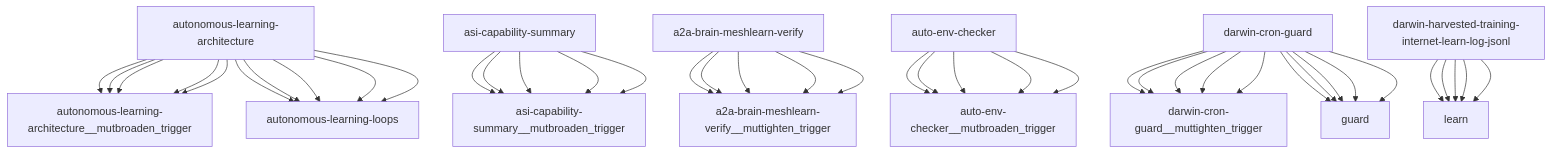
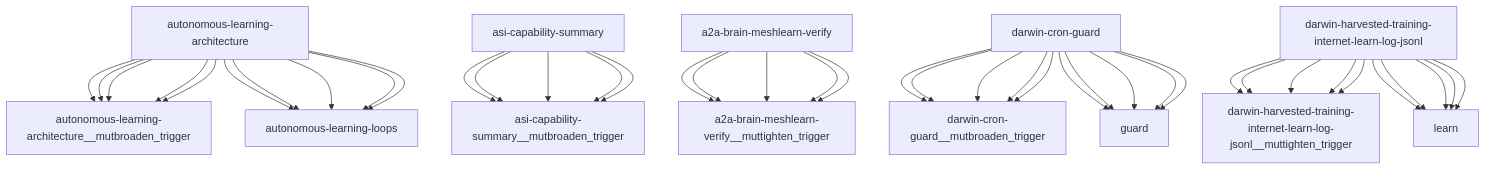
One commit to openamer-max/max-scripts changed the diagram in reports/darwin-report.md. Above: the diagram before and after it, drawn with Mermaid. The commit also changed other lines of this file and 61 other files, not shown here.

First line of the commit message:
chore(reports): cron auto-commit 2026-10-17

````diff
--- a/reports/darwin-report.md
+++ b/reports/darwin-report.md
@@ -71,43 +74,43 @@
 ```mermaid
 graph TD
     autonomous-learning-architecture["autonomous-learning-architecture"] --> autonomous-learning-architecture__mutbroaden_trigger["autonomous-learning-architecture__mutbroaden_trigger"]
     asi-capability-summary["asi-capability-summary"] --> asi-capability-summary__mutbroaden_trigger["asi-capability-summary__mutbroaden_trigger"]
     a2a-brain-meshlearn-verify["a2a-brain-meshlearn-verify"] --> a2a-brain-meshlearn-verify__muttighten_trigger["a2a-brain-meshlearn-verify__muttighten_trigger"]
-    auto-env-checker["auto-env-checker"] --> auto-env-checker__mutbroaden_trigger["auto-env-checker__mutbroaden_trigger"]
-    darwin-cron-guard["darwin-cron-guard"] --> darwin-cron-guard__muttighten_trigger["darwin-cron-guard__muttighten_trigger"]
+    darwin-cron-guard["darwin-cron-guard"] --> darwin-cron-guard__mutbroaden_trigger["darwin-cron-guard__mutbroaden_trigger"]
+    darwin-harvested-training-internet-learn-log-jsonl["darwin-harvested-training-internet-learn-log-jsonl"] --> darwin-harvested-training-internet-learn-log-jsonl__muttighten_trigger["darwin-harvested-training-internet-learn-log-jsonl__muttighten_trigger"]
     autonomous-learning-architecture["autonomous-learning-architecture"] --> autonomous-learning-loops["autonomous-learning-loops"]
     darwin-cron-guard["darwin-cron-guard"] --> guard["guard"]
     darwin-harvested-training-internet-learn-log-jsonl["darwin-harvested-training-internet-learn-log-jsonl"] --> learn["learn"]
     autonomous-learning-architecture["autonomous-learning-architecture"] --> autonomous-learning-architecture__mutbroaden_trigger["autonomous-learning-architecture__mutbroaden_trigger"]
     asi-capability-summary["asi-capability-summary"] --> asi-capability-summary__mutbroaden_trigger["asi-capability-summary__mutbroaden_trigger"]
     a2a-brain-meshlearn-verify["a2a-brain-meshlearn-verify"] --> a2a-brain-meshlearn-verify__muttighten_trigger["a2a-brain-meshlearn-verify__muttighten_trigger"]
-    auto-env-checker["auto-env-checker"] --> auto-env-checker__mutbroaden_trigger["auto-env-checker__mutbroaden_trigger"]
-    darwin-cron-guard["darwin-cron-guard"] --> darwin-cron-guard__muttighten_trigger["darwin-cron-guard__muttighten_trigger"]
+    darwin-cron-guard["darwin-cron-guard"] --> darwin-cron-guard__mutbroaden_trigger["darwin-cron-guard__mutbroaden_trigger"]
+    darwin-harvested-training-internet-learn-log-jsonl["darwin-harvested-training-internet-learn-log-jsonl"] --> darwin-harvested-training-internet-learn-log-jsonl__muttighten_trigger["darwin-harvested-training-internet-learn-log-jsonl__muttighten_trigger"]
     autonomous-learning-architecture["autonomous-learning-architecture"] --> autonomous-learning-loops["autonomous-learning-loops"]
     darwin-cron-guard["darwin-cron-guard"] --> guard["guard"]
     darwin-harvested-training-internet-learn-log-jsonl["darwin-harvested-training-internet-learn-log-jsonl"] --> learn["learn"]
     autonomous-learning-architecture["autonomous-learning-architecture"] --> autonomous-learning-architecture__mutbroaden_trigger["autonomous-learning-architecture__mutbroaden_trigger"]
     asi-capability-summary["asi-capability-summary"] --> asi-capability-summary__mutbroaden_trigger["asi-capability-summary__mutbroaden_trigger"]
     a2a-brain-meshlearn-verify["a2a-brain-meshlearn-verify"] --> a2a-brain-meshlearn-verify__muttighten_trigger["a2a-brain-meshlearn-verify__muttighten_trigger"]
-    auto-env-checker["auto-env-checker"] --> auto-env-checker__mutbroaden_trigger["auto-env-checker__mutbroaden_trigger"]
-    darwin-cron-guard["darwin-cron-guard"] --> darwin-cron-guard__muttighten_trigger["darwin-cron-guard__muttighten_trigger"]
+    darwin-cron-guard["darwin-cron-guard"] --> darwin-cron-guard__mutbroaden_trigger["darwin-cron-guard__mutbroaden_trigger"]
+    darwin-harvested-training-internet-learn-log-jsonl["darwin-harvested-training-internet-learn-log-jsonl"] --> darwin-harvested-training-internet-learn-log-jsonl__muttighten_trigger["darwin-harvested-training-internet-learn-log-jsonl__muttighten_trigger"]
     autonomous-learning-architecture["autonomous-learning-architecture"] --> autonomous-learning-loops["autonomous-learning-loops"]
     darwin-cron-guard["darwin-cron-guard"] --> guard["guard"]
     darwin-harvested-training-internet-learn-log-jsonl["darwin-harvested-training-internet-learn-log-jsonl"] --> learn["learn"]
     autonomous-learning-architecture["autonomous-learning-architecture"] --> autonomous-learning-architecture__mutbroaden_trigger["autonomous-learning-architecture__mutbroaden_trigger"]
     asi-capability-summary["asi-capability-summary"] --> asi-capability-summary__mutbroaden_trigger["asi-capability-summary__mutbroaden_trigger"]
     a2a-brain-meshlearn-verify["a2a-brain-meshlearn-verify"] --> a2a-brain-meshlearn-verify__muttighten_trigger["a2a-brain-meshlearn-verify__muttighten_trigger"]
-    auto-env-checker["auto-env-checker"] --> auto-env-checker__mutbroaden_trigger["auto-env-checker__mutbroaden_trigger"]
-    darwin-cron-guard["darwin-cron-guard"] --> darwin-cron-guard__muttighten_trigger["darwin-cron-guard__muttighten_trigger"]
+    darwin-cron-guard["darwin-cron-guard"] --> darwin-cron-guard__mutbroaden_trigger["darwin-cron-guard__mutbroaden_trigger"]
+    darwin-harvested-training-internet-learn-log-jsonl["darwin-harvested-training-internet-learn-log-jsonl"] --> darwin-harvested-training-internet-learn-log-jsonl__muttighten_trigger["darwin-harvested-training-internet-learn-log-jsonl__muttighten_trigger"]
     autonomous-learning-architecture["autonomous-learning-architecture"] --> autonomous-learning-loops["autonomous-learning-loops"]
     darwin-cron-guard["darwin-cron-guard"] --> guard["guard"]
     darwin-harvested-training-internet-learn-log-jsonl["darwin-harvested-training-internet-learn-log-jsonl"] --> learn["learn"]
     autonomous-learning-architecture["autonomous-learning-architecture"] --> autonomous-learning-architecture__mutbroaden_trigger["autonomous-learning-architecture__mutbroaden_trigger"]
     asi-capability-summary["asi-capability-summary"] --> asi-capability-summary__mutbroaden_trigger["asi-capability-summary__mutbroaden_trigger"]
     a2a-brain-meshlearn-verify["a2a-brain-meshlearn-verify"] --> a2a-brain-meshlearn-verify__muttighten_trigger["a2a-brain-meshlearn-verify__muttighten_trigger"]
-    auto-env-checker["auto-env-checker"] --> auto-env-checker__mutbroaden_trigger["auto-env-checker__mutbroaden_trigger"]
-    darwin-cron-guard["darwin-cron-guard"] --> darwin-cron-guard__muttighten_trigger["darwin-cron-guard__muttighten_trigger"]
+    darwin-cron-guard["darwin-cron-guard"] --> darwin-cron-guard__mutbroaden_trigger["darwin-cron-guard__mutbroaden_trigger"]
+    darwin-harvested-training-internet-learn-log-jsonl["darwin-harvested-training-internet-learn-log-jsonl"] --> darwin-harvested-training-internet-learn-log-jsonl__muttighten_trigger["darwin-harvested-training-internet-learn-log-jsonl__muttighten_trigger"]
     autonomous-learning-architecture["autonomous-learning-architecture"] --> autonomous-learning-loops["autonomous-learning-loops"]
     darwin-cron-guard["darwin-cron-guard"] --> guard["guard"]
     darwin-harvested-training-internet-learn-log-jsonl["darwin-harvested-training-internet-learn-log-jsonl"] --> learn["learn"]
 ```
````
